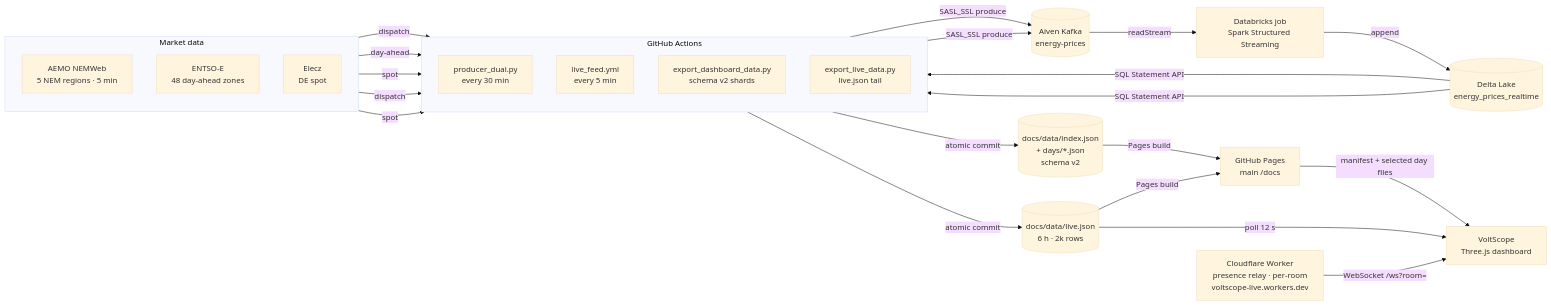
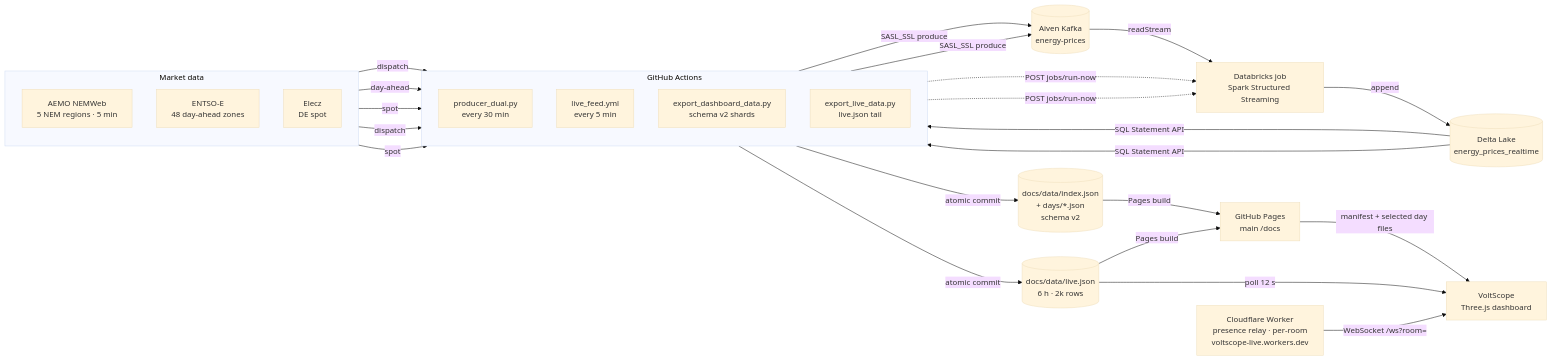
Before and after one commit to mdsarfarazalam840/Energy-realtime: the first of 4 diagrams in README.md, drawn with Mermaid (base theme). The commit also changed other lines of this file and 5 other files, not shown here.

````diff
--- a/README.md
+++ b/README.md
@@ -141,45 +144,47 @@
 ```mermaid
 flowchart LR
   subgraph Sources["Market data"]
     direction TB
     A["AEMO NEMWeb<br/>5 NEM regions · 5 min"]
     E["ENTSO-E<br/>48 day-ahead zones"]
     Z["Elecz<br/>DE spot"]
   end
 
   subgraph CICD["GitHub Actions"]
     direction TB
     P["producer_dual.py<br/>every 30 min"]
     L["live_feed.yml<br/>every 5 min"]
     X["export_dashboard_data.py<br/>schema v2 shards"]
     Y["export_live_data.py<br/>live.json tail"]
   end
 
   K[("Aiven Kafka<br/>energy-prices")]
   D["Databricks job<br/>Spark Structured Streaming"]
   T[("Delta Lake<br/>energy_prices_realtime")]
   S[("docs/data/index.json<br/>+ days/*.json<br/>schema v2")]
   V[("docs/data/live.json<br/>6 h · 2k rows")]
   R["Cloudflare Worker<br/>presence relay · per-room<br/>voltscope-live.workers.dev"]
   PAGES["GitHub Pages<br/>main /docs"]
   UI["VoltScope<br/>Three.js dashboard"]
 
   A -->|"dispatch"| P
   E -->|"day-ahead"| P
   Z -->|"spot"| P
   A -->|"dispatch"| L
   Z -->|"spot"| L
   P -->|"SASL_SSL produce"| K
   L -->|"SASL_SSL produce"| K
+  P -.->|"POST jobs/run-now"| D
+  L -.->|"POST jobs/run-now"| D
   K -->|"readStream"| D
   D -->|"append"| T
   T -->|"SQL Statement API"| X
   T -->|"SQL Statement API"| Y
   X -->|"atomic commit"| S
   Y -->|"atomic commit"| V
   S -->|"Pages build"| PAGES
   V -->|"Pages build"| PAGES
   PAGES -->|"manifest + selected day files"| UI
   V -->|"poll 12 s"| UI
   R -->|"WebSocket /ws?room=<page>"| UI
 ```
````
